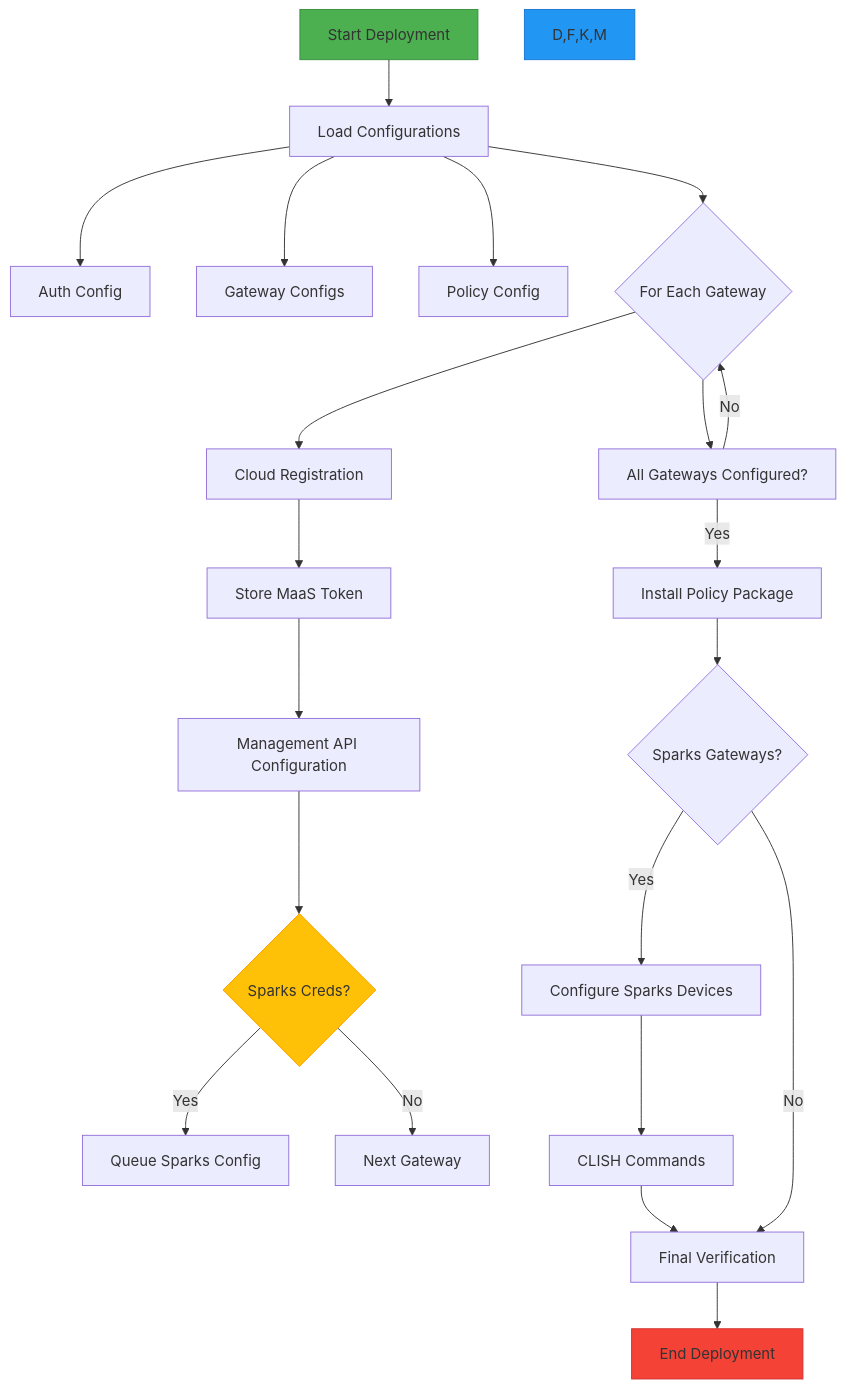
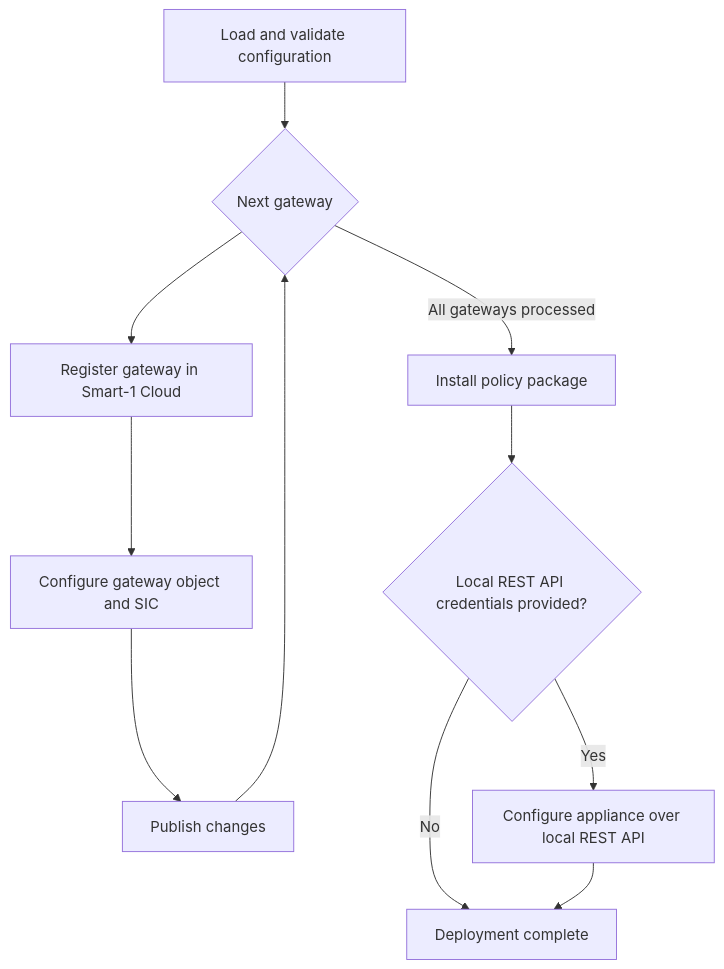
One commit to alshawwaf/smart1_cloud_sparks_deployer changed the diagram in README.MD. Above: the diagram before and after it, drawn with Mermaid. The commit also changed other lines of this file, not shown here.

Commit message:
Rewrite README: remove emojis, add configuration reference and fix workflow diagram

````diff
--- a/README.MD
+++ b/README.MD
@@ -208,32 +39,13 @@
 ```mermaid
-graph TD
-    A[Start Deployment] --> B[Load Configurations]
-    B --> B1[Auth Config]
-    B --> B2[Gateway Configs]
-    B --> B3[Policy Config]
-    
-    B --> C{For Each Gateway}
-    C --> D[Cloud Registration]
-    D --> E[Store MaaS Token]
-    E --> F[Management API Configuration]
-    F --> G{Sparks Creds?}
-    G -->|Yes| H[Queue Sparks Config]
-    G -->|No| I[Next Gateway]
-    
-    C --> J[All Gateways Configured?]
-    J -->|No| C
-    J -->|Yes| K[Install Policy Package]
-    
-    K --> L{Sparks Gateways?}
-    L -->|Yes| M[Configure Sparks Devices]
-    M --> N[CLISH Commands]
-    N --> O[Final Verification]
-    L -->|No| O
-    
-    O --> P[End Deployment]
-    
-    style A fill:#4CAF50,stroke:#388E3C
-    style P fill:#F44336,stroke:#D32F2F
-    style D,F,K,M fill:#2196F3,stroke:#1976D2
-    style G fill:#FFC107,stroke:#FFA000
+flowchart TD
+    A[Load and validate configuration] --> B{Next gateway}
+    B --> C[Register gateway in Smart-1 Cloud]
+    C --> D[Configure gateway object and SIC]
+    D --> E[Publish changes]
+    E --> B
+    B -->|All gateways processed| F[Install policy package]
+    F --> G{Local REST API credentials provided?}
+    G -->|Yes| H[Configure appliance over local REST API]
+    G -->|No| I[Deployment complete]
+    H --> I
 ```
````
